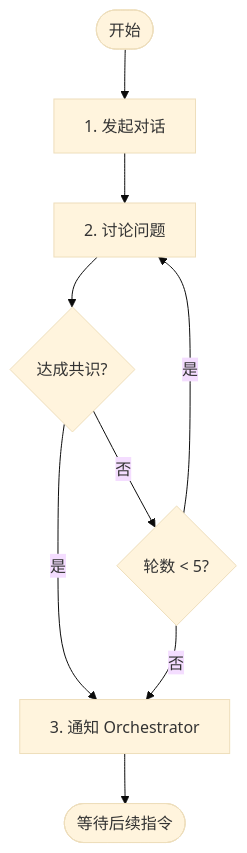
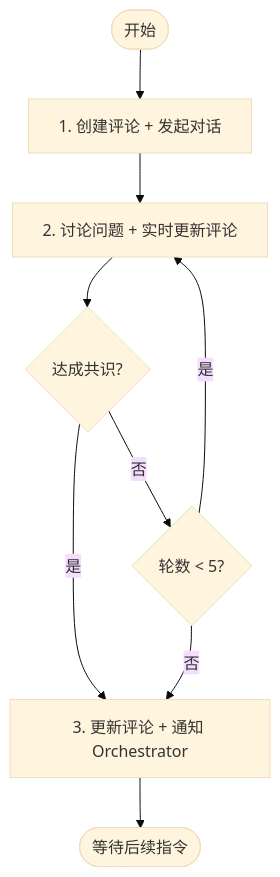
Before and after one commit to notdp/.dotfiles: the diagram in skills/duoduo/stages/3-cross-confirm-opus.md, drawn with Mermaid (base theme). The commit also changed other lines of this file and 2 other files, not shown here.

````diff
--- a/skills/duoduo/stages/3-cross-confirm-opus.md
+++ b/skills/duoduo/stages/3-cross-confirm-opus.md
@@ -5,11 +11,11 @@
 ```mermaid
 flowchart TD
-    Start([开始]) --> S1[1. 发起对话]
-    S1 --> S2[2. 讨论问题]
+    Start([开始]) --> S1[1. 创建评论 + 发起对话]
+    S1 --> S2[2. 讨论问题 + 实时更新评论]
     S2 --> Check{达成共识?}
-    Check -->|是| S3[3. 通知 Orchestrator]
+    Check -->|是| S3[3. 更新评论 + 通知 Orchestrator]
     Check -->|否| Round{轮数 < 5?}
     Round -->|是| S2
     Round -->|否| S3
     S3 --> Done([等待后续指令])
 ```
````
